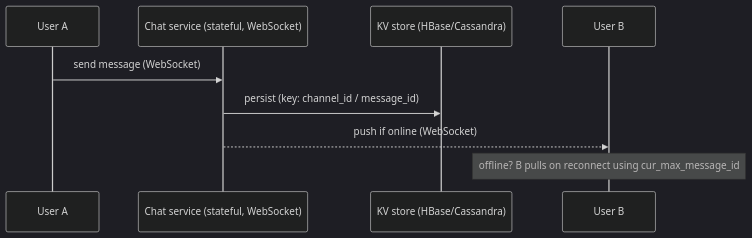
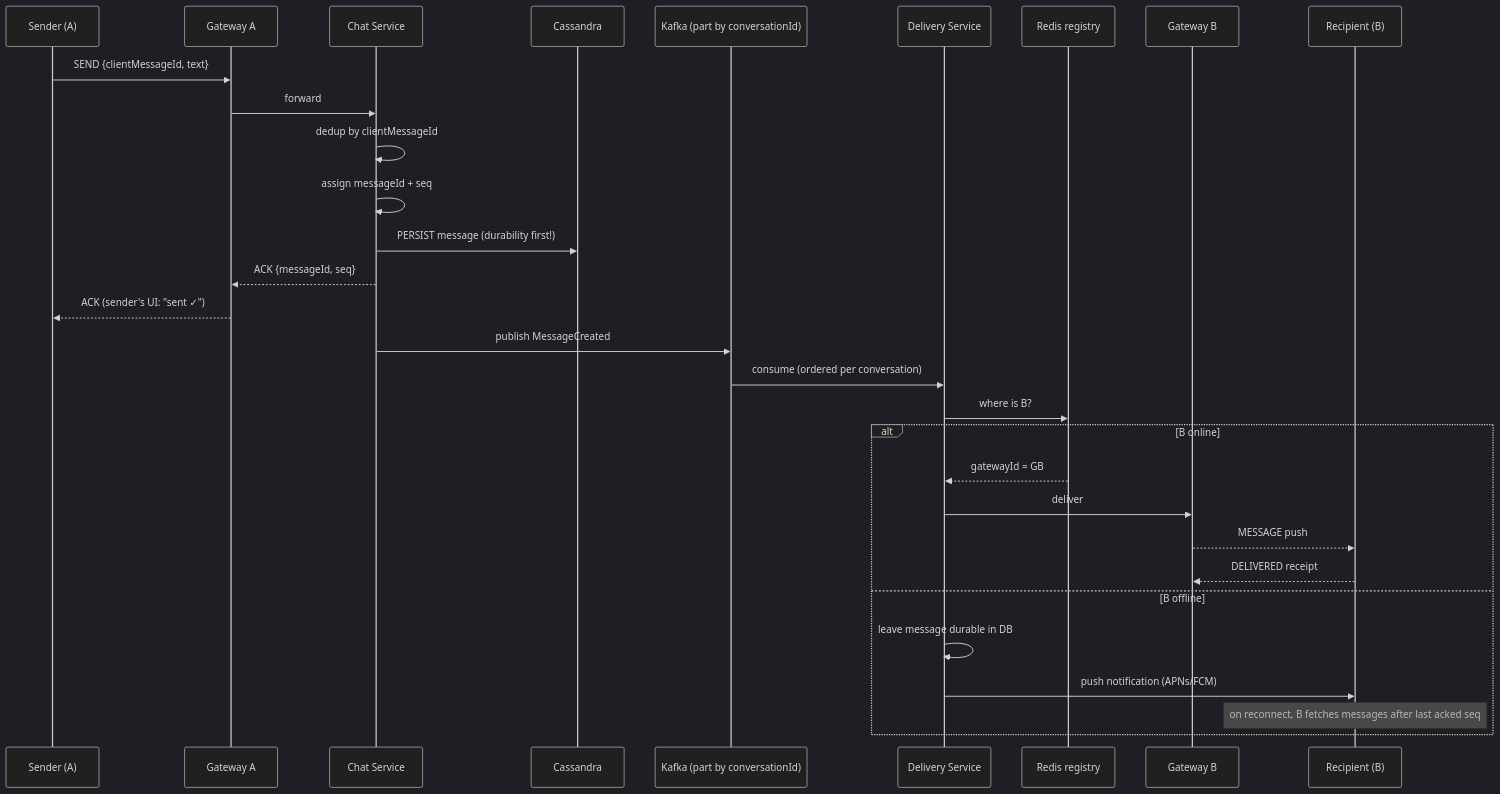
Before and after one commit to pankajThakur1874/studysheet: the second of 8 diagrams in files/07-design-questions/06-chat-system.md, drawn with Mermaid (dark theme). The commit also changed other lines of this file and 6 other files, not shown here.

````diff
--- a/files/07-design-questions/06-chat-system.md
+++ b/files/07-design-questions/06-chat-system.md
@@ -502,11 +232,33 @@
 ```mermaid
 sequenceDiagram
-    participant A as User A
-    participant WS as Chat service (stateful, WebSocket)
-    participant KV as KV store (HBase/Cassandra)
-    participant B as User B
-    A->>WS: send message (WebSocket)
-    WS->>KV: persist (key: channel_id / message_id)
-    WS-->>B: push if online (WebSocket)
-    Note over B: offline? B pulls on reconnect using cur_max_message_id
+    participant A as Sender (A)
+    participant GA as Gateway A
+    participant CS as Chat Service
+    participant DB as Cassandra
+    participant K as Kafka (part by conversationId)
+    participant DS as Delivery Service
+    participant REG as Redis registry
+    participant GB as Gateway B
+    participant B as Recipient (B)
+
+    A->>GA: SEND {clientMessageId, text}
+    GA->>CS: forward
+    CS->>CS: dedup by clientMessageId
+    CS->>CS: assign messageId + seq
+    CS->>DB: PERSIST message   (durability first!)
+    CS-->>GA: ACK {messageId, seq}
+    GA-->>A: ACK  (sender's UI: "sent ✓")
+    CS->>K: publish MessageCreated
+    K->>DS: consume (ordered per conversation)
+    DS->>REG: where is B?
+    alt B online
+        REG-->>DS: gatewayId = GB
+        DS->>GB: deliver
+        GB-->>B: MESSAGE push
+        B-->>GB: DELIVERED receipt
+    else B offline
+        DS->>DS: leave message durable in DB
+        DS->>B: push notification (APNs/FCM)
+        Note over B: on reconnect, B fetches messages after last acked seq
+    end
 ```
````
